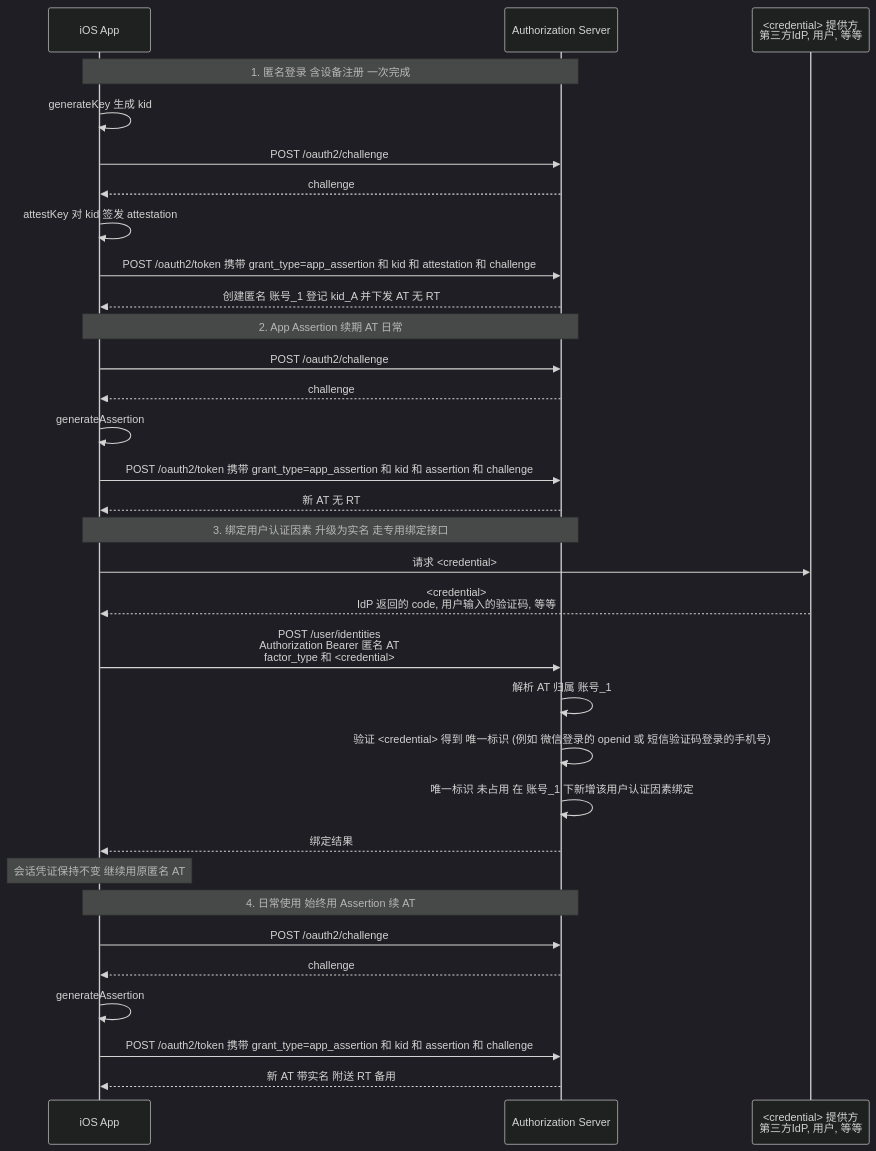
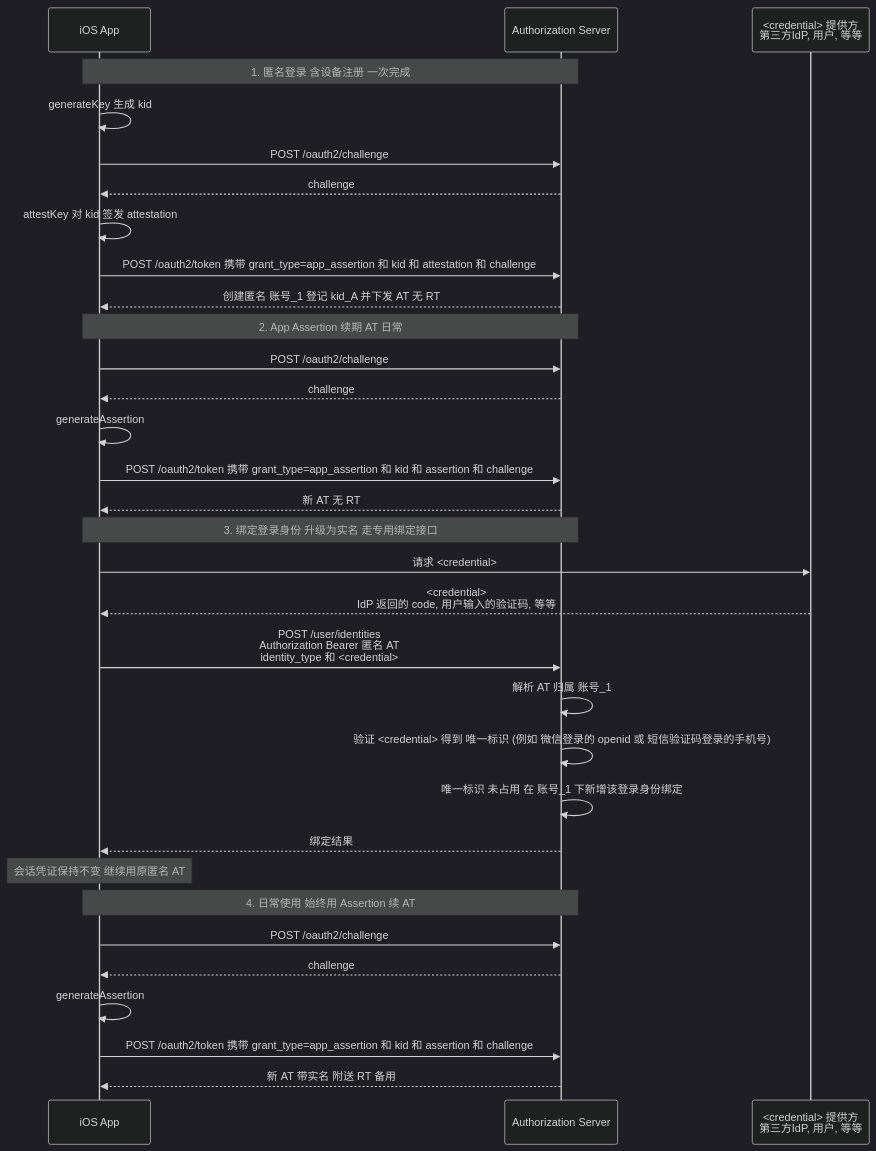
The second of 4 diagrams in user-center/doc/apis/zh-cn/App-Attest-Login.md (euler-projects/demo), drawn with Mermaid (dark theme) before and after one commit. The commit also changed other lines of this file and 18 other files, not shown here.

````diff
--- a/user-center/doc/apis/zh-cn/App-Attest-Login.md
+++ b/user-center/doc/apis/zh-cn/App-Attest-Login.md
@@ -284,38 +281,38 @@
 ```mermaid
 sequenceDiagram
     participant App as iOS App
     participant Server as Authorization Server
     participant CP as <credential> 提供方<br>第三方IdP, 用户, 等等
 
     Note over App,Server: 1. 匿名登录 含设备注册 一次完成
     App->>App: generateKey 生成 kid
     App->>Server: POST /oauth2/challenge
     Server-->>App: challenge
     App->>App: attestKey 对 kid 签发 attestation
     App->>Server: POST /oauth2/token 携带 grant_type=app_assertion 和 kid 和 attestation 和 challenge
     Server-->>App: 创建匿名 账号_1 登记 kid_A 并下发 AT 无 RT
 
     Note over App,Server: 2. App Assertion 续期 AT 日常
     App->>Server: POST /oauth2/challenge
     Server-->>App: challenge
     App->>App: generateAssertion
     App->>Server: POST /oauth2/token 携带 grant_type=app_assertion 和 kid 和 assertion 和 challenge
     Server-->>App: 新 AT 无 RT
 
-    Note over App,Server: 3. 绑定用户认证因素 升级为实名 走专用绑定接口
+    Note over App,Server: 3. 绑定登录身份 升级为实名 走专用绑定接口
     App->>CP: 请求 <credential>
     CP-->>App: <credential><br>IdP 返回的 code, 用户输入的验证码, 等等
-    App->>Server: POST /user/identities<br/>Authorization Bearer 匿名 AT<br/>factor_type 和 <credential>
+    App->>Server: POST /user/identities<br/>Authorization Bearer 匿名 AT<br/>identity_type 和 <credential>
     Server->>Server: 解析 AT 归属 账号_1
     Server->>Server: 验证 <credential> 得到 唯一标识 (例如 微信登录的 openid 或 短信验证码登录的手机号)
-    Server->>Server: 唯一标识 未占用 在 账号_1 下新增该用户认证因素绑定
+    Server->>Server: 唯一标识 未占用 在 账号_1 下新增该登录身份绑定
     Server-->>App: 绑定结果
     Note over App: 会话凭证保持不变 继续用原匿名 AT
 
     Note over App,Server: 4. 日常使用 始终用 Assertion 续 AT
     App->>Server: POST /oauth2/challenge
     Server-->>App: challenge
     App->>App: generateAssertion
     App->>Server: POST /oauth2/token 携带 grant_type=app_assertion 和 kid 和 assertion 和 challenge
     Server-->>App: 新 AT 带实名 附送 RT 备用
 ```
````
